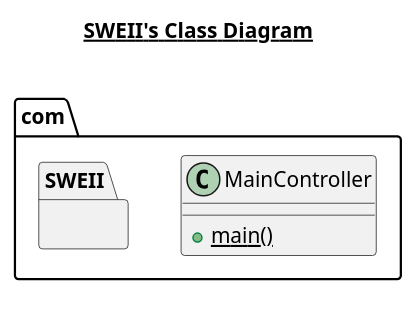
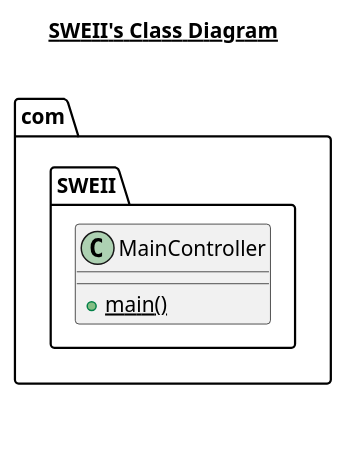
The diagram in src/main/java/com/SWEII/SWEII.plantuml (mariam-william/Online_Store_Platform), drawn with PlantUML before and after one commit. The commit also changed 15 other files, not shown here.

```diff
--- a/src/main/java/com/SWEII/SWEII.plantuml
+++ b/src/main/java/com/SWEII/SWEII.plantuml
@@ -1,18 +1,19 @@
 @startuml
 
 title __SWEII's Class Diagram__\n
 
   namespace com.SWEII {
-    class com.MainController {
+    class com.SWEII.MainController {
         {static} + main()
     }
   }
   
 
 
 
 right footer
 
+
 endfooter
 
 @enduml
```
